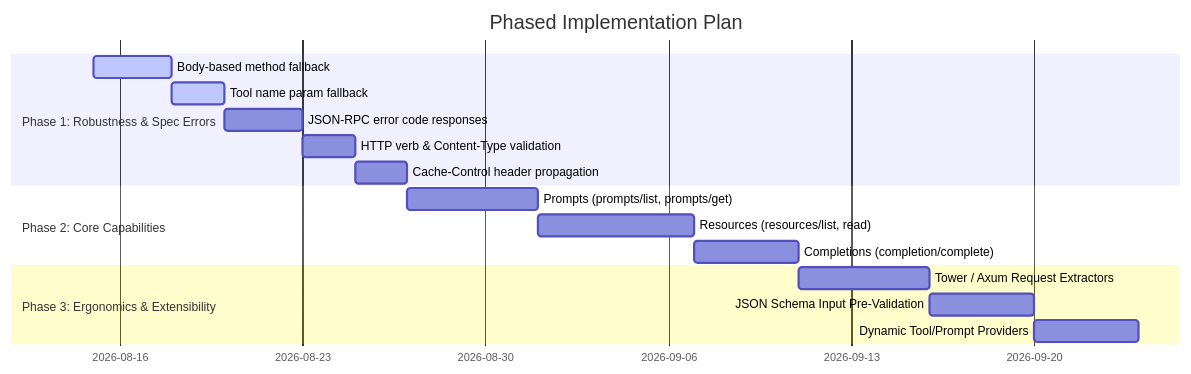
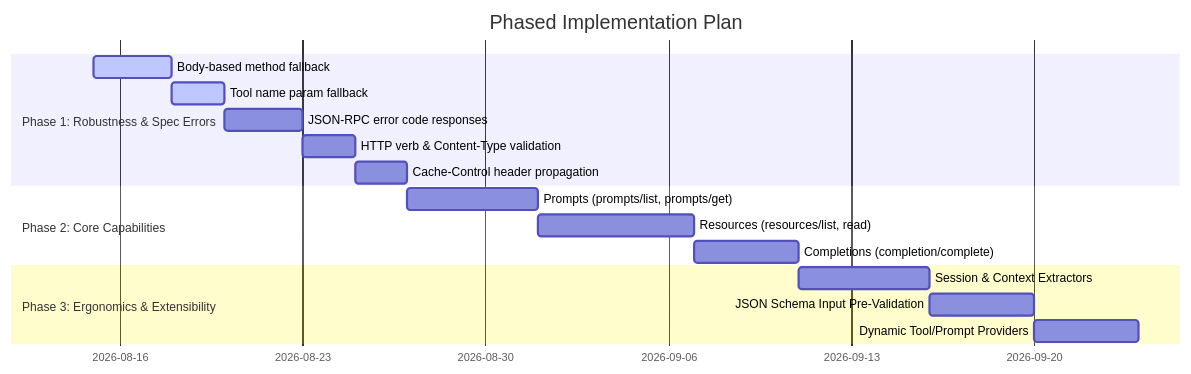
One commit to andreban/mcp-routing changed the diagram in ROADMAP.md. Above: the diagram before and after it, drawn with Mermaid. The commit also changed other lines of this file, not shown here.

Commit message:
docs(roadmap): add session management and request metadata propagation

````diff
--- a/ROADMAP.md
+++ b/ROADMAP.md
@@ -140,19 +142,19 @@
 ```mermaid
 gantt
     title Phased Implementation Plan
     dateFormat  YYYY-MM-DD
     section Phase 1: Robustness & Spec Errors
     Body-based method fallback         :active, p1_1, 2026-08-15, 3d
     Tool name param fallback           :active, p1_2, after p1_1, 2d
     JSON-RPC error code responses      :p1_3, after p1_2, 3d
     HTTP verb & Content-Type validation:p1_4, after p1_3, 2d
     Cache-Control header propagation   :p1_5, after p1_4, 2d
     section Phase 2: Core Capabilities
     Prompts (prompts/list, prompts/get):p2_1, after p1_5, 5d
     Resources (resources/list, read)   :p2_2, after p2_1, 6d
     Completions (completion/complete)  :p2_3, after p2_2, 4d
     section Phase 3: Ergonomics & Extensibility
-    Tower / Axum Request Extractors    :p3_1, after p2_3, 5d
+    Session & Context Extractors       :p3_1, after p2_3, 5d
     JSON Schema Input Pre-Validation   :p3_2, after p3_1, 4d
     Dynamic Tool/Prompt Providers      :p3_3, after p3_2, 4d
 ```
````
